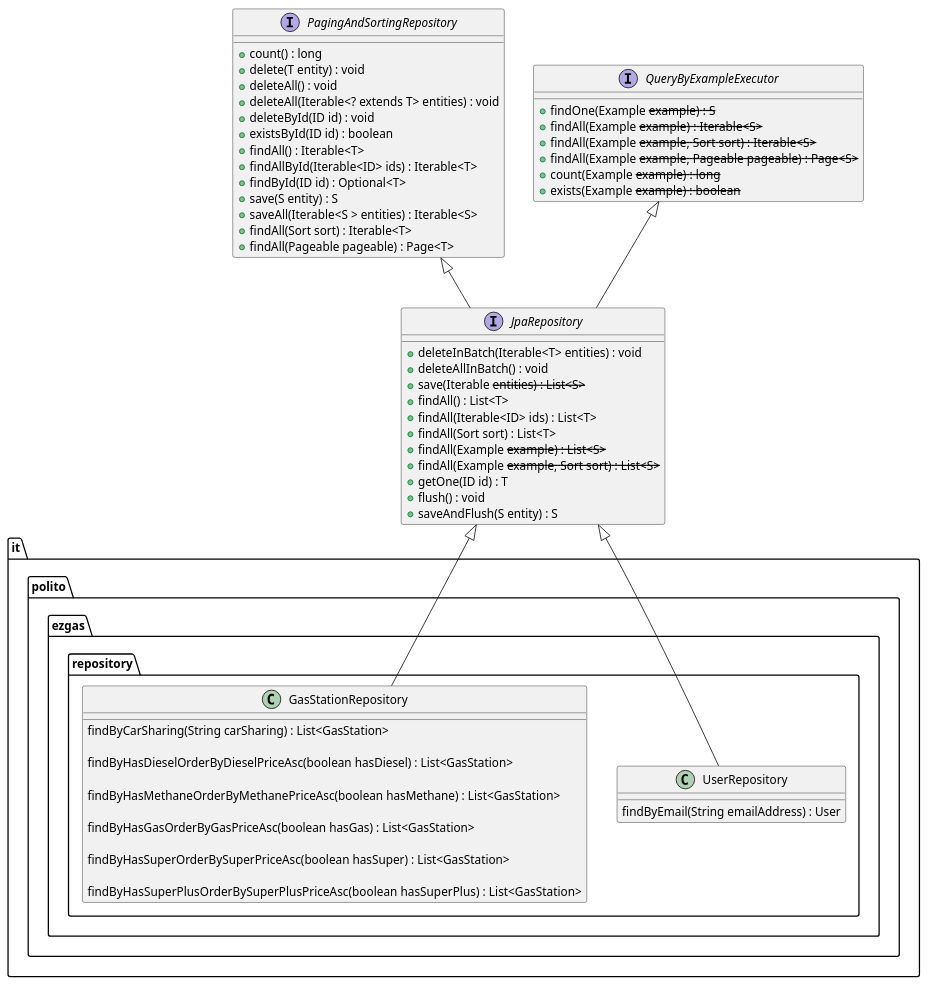
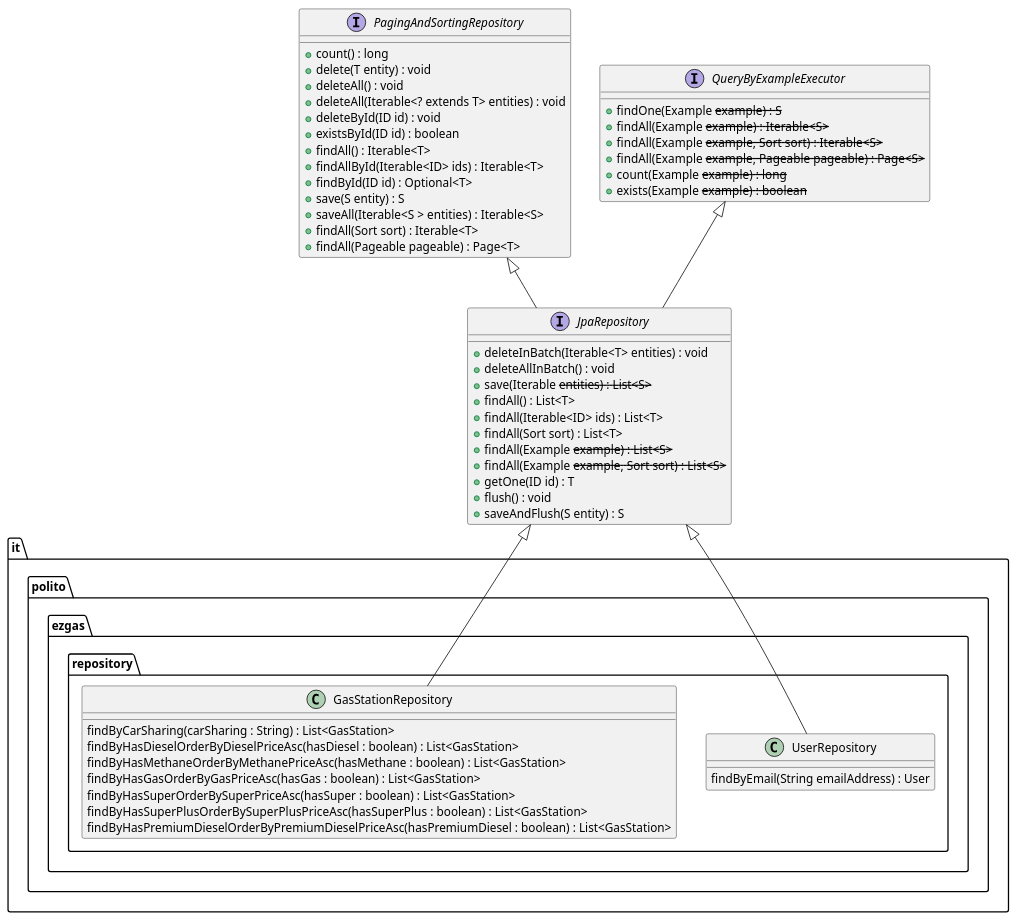
The ninth of 13 diagrams in docs/DesignDocument.md (lucarinelli/ezgas), drawn with PlantUML before and after one commit. The commit also changed other lines of this file, not shown here.

````diff
--- a/docs/DesignDocument.md
+++ b/docs/DesignDocument.md
@@ -440,72 +461,64 @@
 ```plantuml
 @startuml
 package "it.polito.ezgas.repository" {
         class UserRepository{
             findByEmail(String emailAddress) : User
         }
         
         class GasStationRepository{
-    findByCarSharing(String carSharing) : List<GasStation> 
-
-	findByHasDieselOrderByDieselPriceAsc(boolean hasDiesel) : List<GasStation> 
-
-	findByHasMethaneOrderByMethanePriceAsc(boolean hasMethane) : List<GasStation> 
-
-	findByHasGasOrderByGasPriceAsc(boolean hasGas) : List<GasStation> 
-
-	findByHasSuperOrderBySuperPriceAsc(boolean hasSuper) : List<GasStation> 
-
-	findByHasSuperPlusOrderBySuperPlusPriceAsc(boolean hasSuperPlus)  : List<GasStation> 
-
+    findByCarSharing(carSharing : String) : List<GasStation> 
+	findByHasDieselOrderByDieselPriceAsc(hasDiesel : boolean) : List<GasStation> 
+	findByHasMethaneOrderByMethanePriceAsc(hasMethane : boolean) : List<GasStation> 
+	findByHasGasOrderByGasPriceAsc(hasGas : boolean) : List<GasStation> 
+	findByHasSuperOrderBySuperPriceAsc(hasSuper : boolean) : List<GasStation> 
+	findByHasSuperPlusOrderBySuperPlusPriceAsc(hasSuperPlus : boolean)  : List<GasStation> 
+	findByHasPremiumDieselOrderByPremiumDieselPriceAsc(hasPremiumDiesel : boolean) : List<GasStation> 
         }
-        
-       
-        
     }
 
 interface PagingAndSortingRepository{
         +count() : long
         +delete(T entity) : void
         +deleteAll() : void
         +deleteAll(Iterable<? extends T> entities) : void
         +deleteById(ID id) : void
         +existsById(ID id) : boolean
         +findAll() : Iterable<T>
         +findAllById(Iterable<ID> ids) : Iterable<T> 
         +findById(ID id) : Optional<T>
         +save(S entity) : S
         +saveAll(Iterable<S > entities) : Iterable<S>
         +findAll(Sort sort) : Iterable<T> 
         +findAll(Pageable pageable) : Page<T>
     }
 
 interface JpaRepository{
         +deleteInBatch(Iterable<T> entities) : void
         +deleteAllInBatch() : void
         +save(Iterable<S> entities) : List<S>
         +findAll() : List<T>
         +findAll(Iterable<ID> ids) : List<T>
         +findAll(Sort sort) : List<T> 
         +findAll(Example<S> example) : List<S>
         +findAll(Example<S> example, Sort sort) : List<S>
         +getOne(ID id) : T
         +flush() : void
         +saveAndFlush(S entity) : S
     }
 
 interface QueryByExampleExecutor{
         +findOne(Example<S> example) : S
         +findAll(Example<S> example) : Iterable<S>
         +findAll(Example<S> example, Sort sort) : Iterable<S>
         +findAll(Example<S> example, Pageable pageable) : Page<S>
         +count(Example<S> example) : long
         +exists(Example<S> example) : boolean
     }
 
 JpaRepository <|-- UserRepository
 JpaRepository <|-- GasStationRepository
 
 QueryByExampleExecutor <|-- JpaRepository
 PagingAndSortingRepository <|-- JpaRepository
 @enduml
 ```
````
